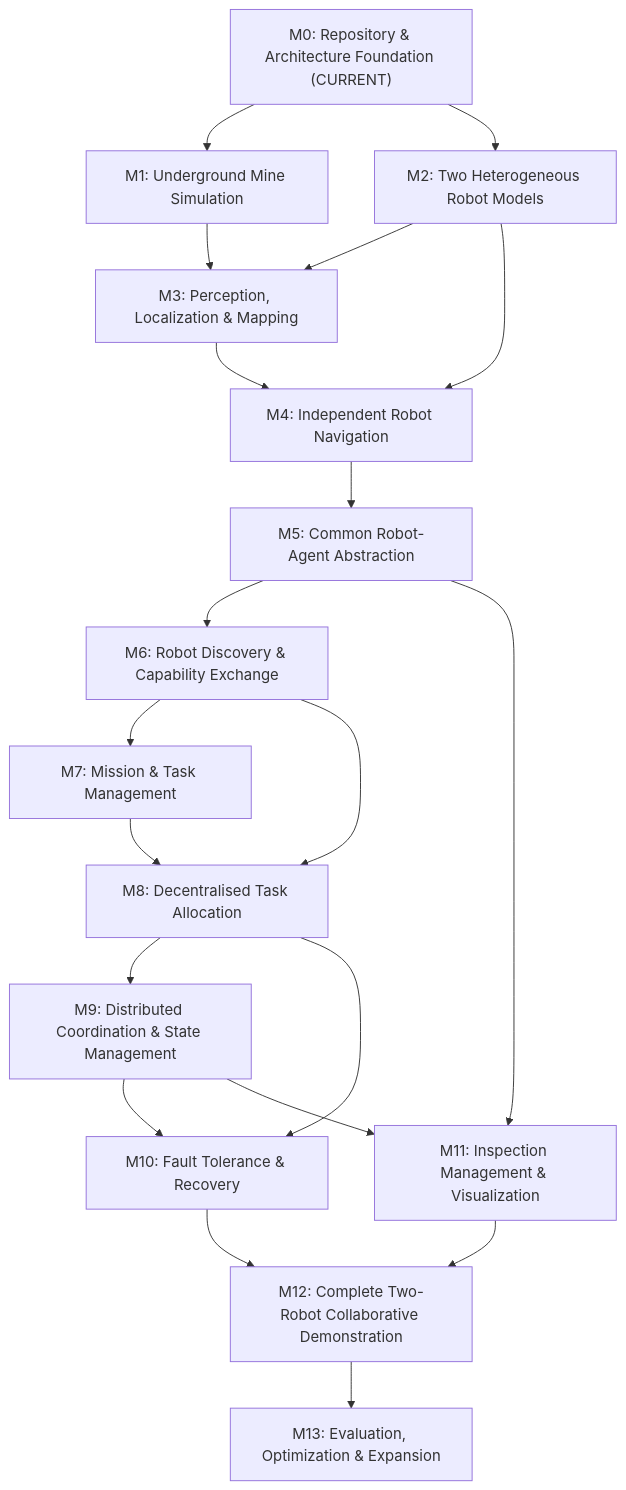
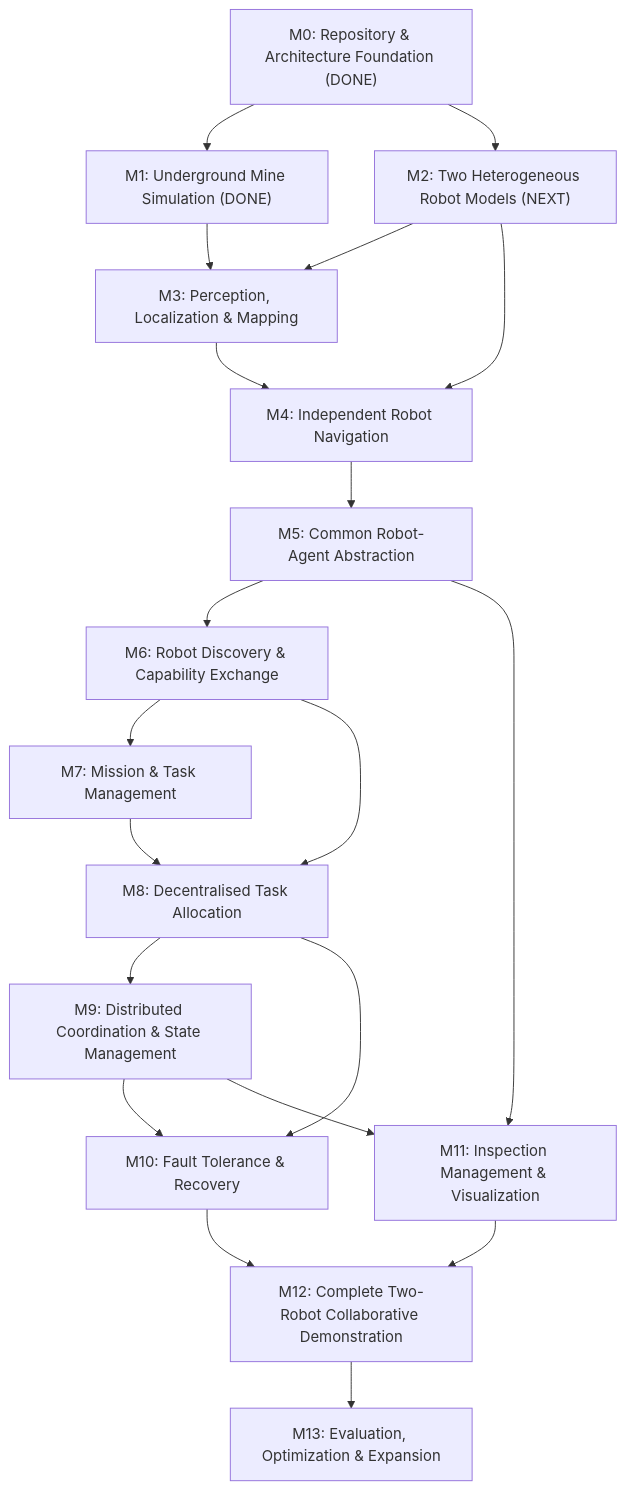
One commit to Sairam080424/decentralized_multi_robot_mine_inspection changed the diagram in docs/09_roadmap/DEVELOPMENT_ROADMAP.md. Above: the diagram before and after it, drawn with Mermaid. The commit also changed other lines of this file and 54 other files, not shown here.

First line of the commit message:
feat(sim): implement Milestone M1 subterranean mine simulation

````diff
--- a/docs/09_roadmap/DEVELOPMENT_ROADMAP.md
+++ b/docs/09_roadmap/DEVELOPMENT_ROADMAP.md
@@ -9,22 +9,22 @@
 ```mermaid
 flowchart TD
-    M0["M0: Repository & Architecture Foundation (CURRENT)"] --> M1["M1: Underground Mine Simulation"]
-    M0 --> M2["M2: Two Heterogeneous Robot Models"]
+    M0["M0: Repository & Architecture Foundation (DONE)"] --> M1["M1: Underground Mine Simulation (DONE)"]
+    M0 --> M2["M2: Two Heterogeneous Robot Models (NEXT)"]
     M1 --> M3["M3: Perception, Localization & Mapping"]
     M2 --> M3
     M2 --> M4["M4: Independent Robot Navigation"]
     M3 --> M4
     M4 --> M5["M5: Common Robot-Agent Abstraction"]
     M5 --> M6["M6: Robot Discovery & Capability Exchange"]
     M6 --> M7["M7: Mission & Task Management"]
     M6 --> M8["M8: Decentralised Task Allocation"]
     M7 --> M8
     M8 --> M9["M9: Distributed Coordination & State Management"]
     M8 --> M10["M10: Fault Tolerance & Recovery"]
     M9 --> M10
     M5 --> M11["M11: Inspection Management & Visualization"]
     M9 --> M11
     M10 --> M12["M12: Complete Two-Robot Collaborative Demonstration"]
     M11 --> M12
     M12 --> M13["M13: Evaluation, Optimization & Expansion"]
 ```
````
